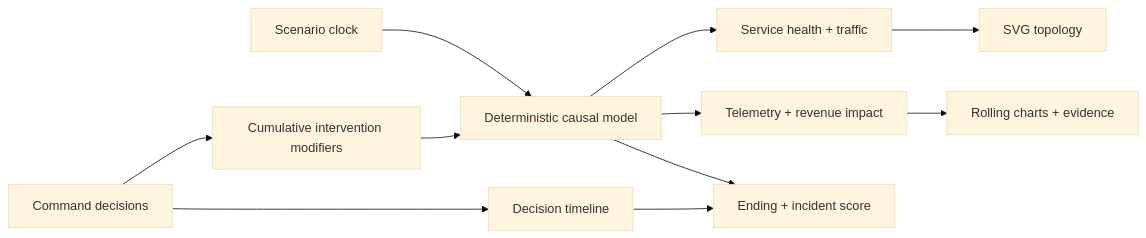
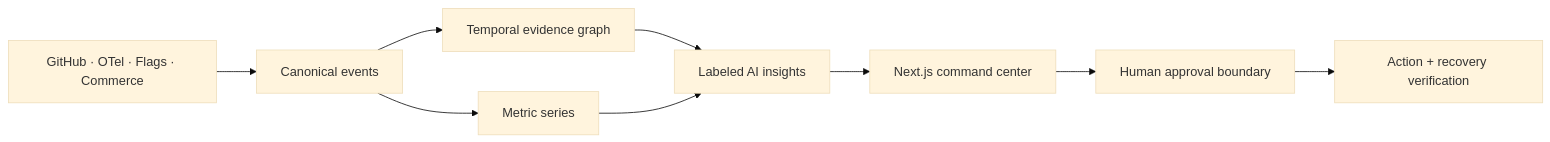
The diagram in README.md (junlee122-bot/threadline), drawn with Mermaid (base theme) before and after one commit. The commit also changed other lines of this file and 105 other files, not shown here.

````diff
--- a/README.md
+++ b/README.md
@@ -47,13 +105,11 @@
 ```mermaid
 flowchart LR
-  A["Scenario clock"] --> B["Deterministic causal model"]
-  C["Command decisions"] --> D["Cumulative intervention modifiers"]
-  D --> B
-  B --> E["Service health + traffic"]
-  B --> F["Telemetry + revenue impact"]
-  E --> G["SVG topology"]
-  F --> H["Rolling charts + evidence"]
-  C --> I["Decision timeline"]
-  B --> J["Ending + incident score"]
-  I --> J
+  Sources["GitHub · OTel · Flags · Commerce"] --> Normalize["Canonical events"]
+  Normalize --> Graph["Temporal evidence graph"]
+  Normalize --> Metrics["Metric series"]
+  Graph --> Insight["Labeled AI insights"]
+  Metrics --> Insight
+  Insight --> UI["Next.js command center"]
+  UI --> Approval["Human approval boundary"]
+  Approval --> Verify["Action + recovery verification"]
 ```
````
